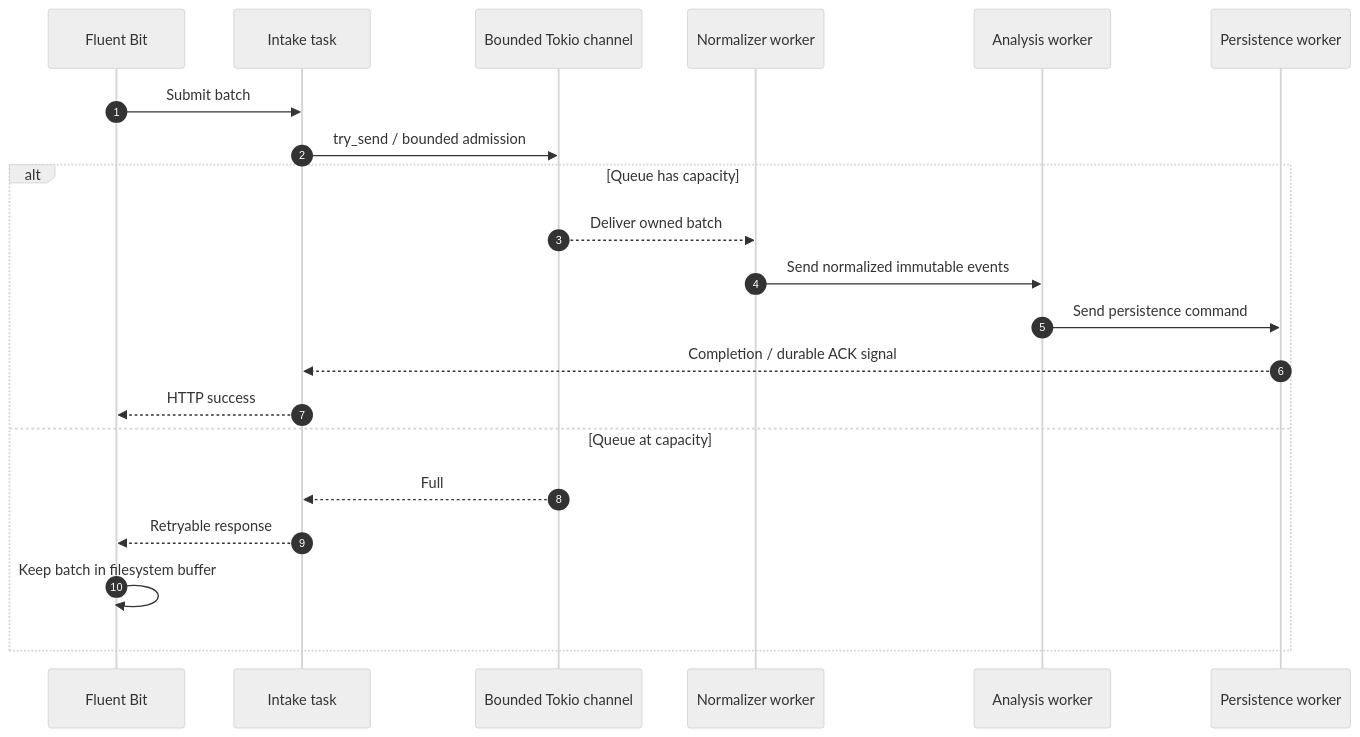
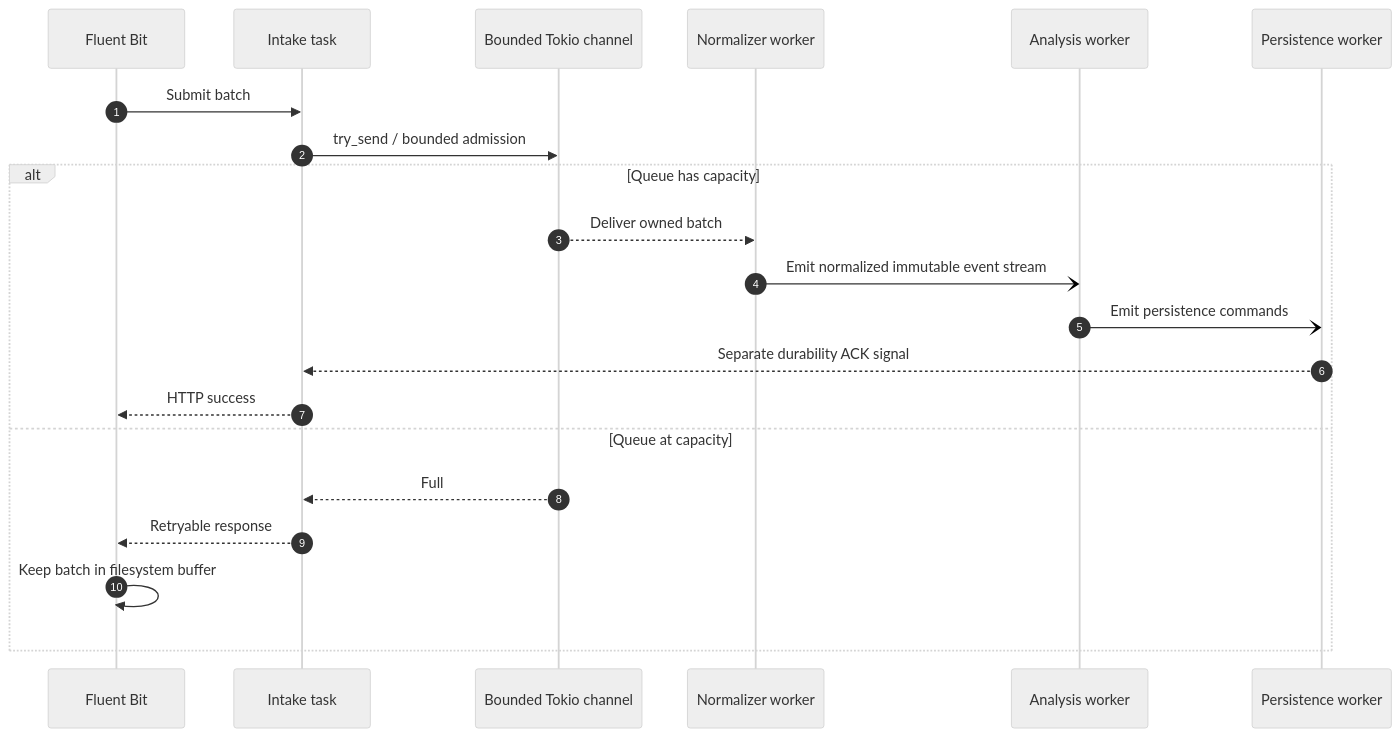
One commit to darshanredkar11/observalog changed the sixth of 6 diagrams in docs/autonomous-observalog-sequences.md. Above: the diagram before and after it, drawn with Mermaid (neutral theme). The commit also changed other lines of this file, not shown here.

Commit message:
Document async stream-gate architecture invariant

````diff
--- a/docs/autonomous-observalog-sequences.md
+++ b/docs/autonomous-observalog-sequences.md
@@ -150,24 +154,24 @@
 ```mermaid
 sequenceDiagram
     autonumber
     participant FB as Fluent Bit
     participant HTTP as Intake task
     participant Q as Bounded Tokio channel
     participant N as Normalizer worker
     participant A as Analysis worker
     participant P as Persistence worker
 
     FB->>HTTP: Submit batch
     HTTP->>Q: try_send / bounded admission
     alt Queue has capacity
         Q-->>N: Deliver owned batch
-        N->>A: Send normalized immutable events
-        A->>P: Send persistence command
-        P-->>HTTP: Completion / durable ACK signal
+        N-)A: Emit normalized immutable event stream
+        A-)P: Emit persistence commands
+        P-->>HTTP: Separate durability ACK signal
         HTTP-->>FB: HTTP success
     else Queue at capacity
         Q-->>HTTP: Full
         HTTP-->>FB: Retryable response
         FB->>FB: Keep batch in filesystem buffer
     end
 ```
````
